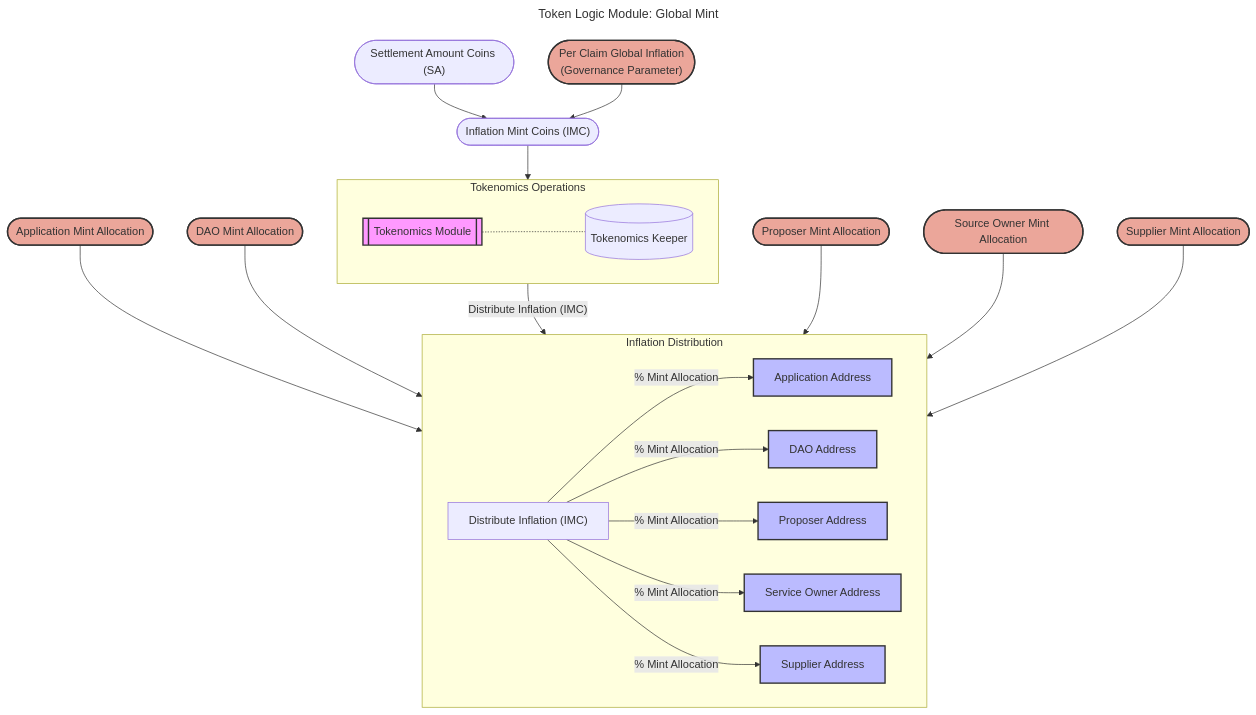
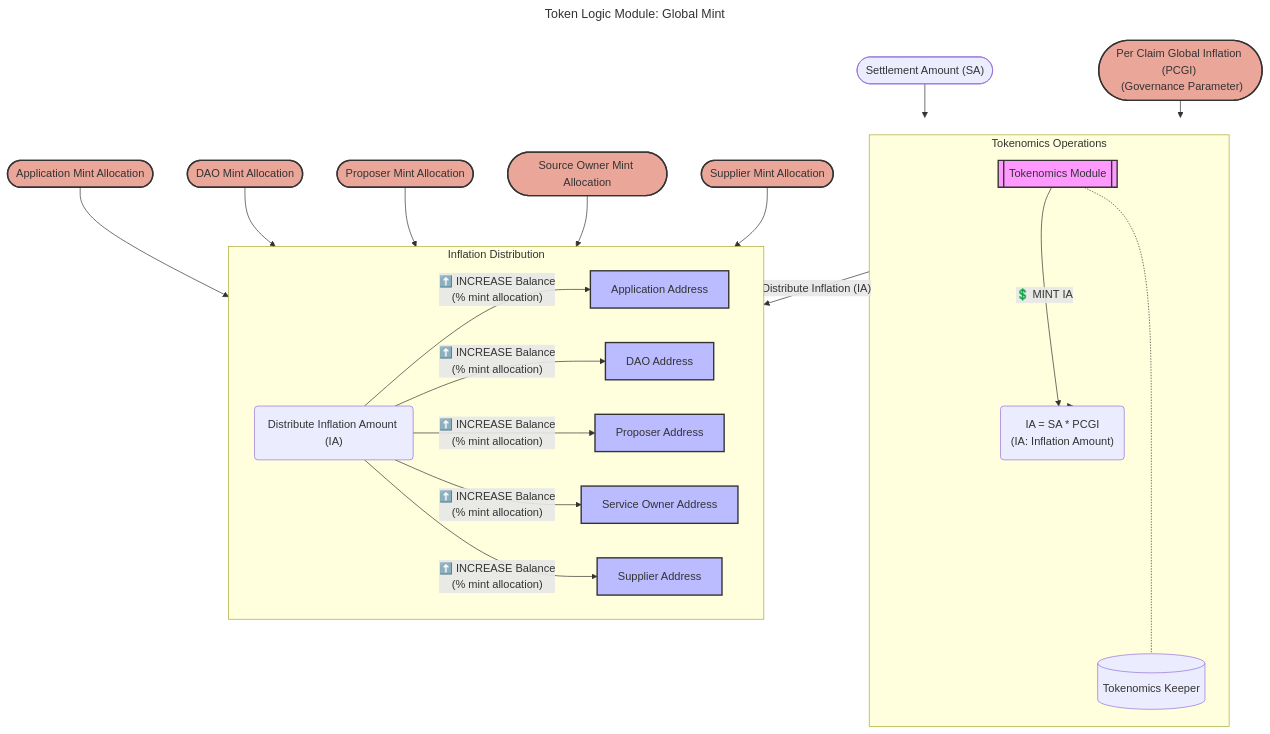
The third of 6 diagrams in docusaurus/docs/protocol/tokenomics/token_logic_modules.md (pokt-network/poktroll), drawn with Mermaid before and after one commit. The commit also changed other lines of this file, not shown here.

````diff
--- a/docusaurus/docs/protocol/tokenomics/token_logic_modules.md
+++ b/docusaurus/docs/protocol/tokenomics/token_logic_modules.md
@@ -185,59 +209,59 @@
 ```mermaid
 ---
 title: "Token Logic Module: Global Mint"
 ---
 flowchart TD
-    SC(["Settlement Amount Coins (SA)"])
-    PCI(["Per Claim Global Inflation <br> (Governance Parameter)"])
-    IMC(["Inflation Mint Coins (IMC)"])
+    SA(["Settlement Amount (SA)"])
+    PCI(["Per Claim Global Inflation (PCGI) <br> (Governance Parameter)"])
 
     DA(["DAO Mint Allocation"])
     PA(["Proposer Mint Allocation"])
-    SA(["Supplier Mint Allocation"])
+    SMA(["Supplier Mint Allocation"])
     SOM(["Source Owner Mint Allocation"])
     AA(["Application Mint Allocation"])
 
-
-    SC --> IMC
-    PCI --> IMC
-    IMC --> TO
+    SA --> TO
+    PCI --> TO
+    IA --> TO
 
     subgraph TO[Tokenomics Operations]
         TM[[Tokenomics Module]]
         TK[(Tokenomics Keeper)]
+        IA("IA = SA * PCGI <br> (IA: Inflation Amount)")
         TM -..- TK
+        TM -- "💲 MINT IA" --> IA
+
     end
-
 
     AA --> ID
     DA --> ID
-    TO --Distribute Inflation (IMC)--> ID
+    TO --Distribute Inflation (IA)--> ID
     PA --> ID
     SOM --> ID
-    SA --> ID
+    SMA --> ID
 
     subgraph ID[Inflation Distribution]
-        DI["Distribute Inflation (IMC)"]
+        DI("Distribute Inflation Amount (IA)")
         APPA["Application Address"]
         SPPA["Supplier Address"]
         DAOA["DAO Address"]
         SOA["Service Owner Address"]
         PRA["Proposer Address"]
 
-        DI -->|% Mint Allocation| APPA
-        DI -->|% Mint Allocation| DAOA
-        DI -->|% Mint Allocation| PRA
-        DI -->|% Mint Allocation| SOA
-        DI -->|% Mint Allocation| SPPA
+        DI -->|"⬆️ INCREASE Balance <br> (% mint allocation)"| APPA
+        DI -->|"⬆️ INCREASE Balance <br> (% mint allocation)"| DAOA
+        DI -->|"⬆️ INCREASE Balance <br> (% mint allocation)"| PRA
+        DI -->|"⬆️ INCREASE Balance <br> (% mint allocation)"| SOA
+        DI -->|"⬆️ INCREASE Balance <br> (% mint allocation)"| SPPA
     end
 
     classDef module fill:#f9f,stroke:#333,stroke-width:2px;
     classDef address fill:#bbf,stroke:#333,stroke-width:2px;
     classDef question fill:#e3db6d,stroke:#333,stroke-width:2px;
     classDef govparam fill:#eba69a,stroke:#333,stroke-width:2px;
     classDef event fill:#e8b761,stroke:#333,stroke-width:2px;
 
     class TM module;
-    class PCI,DA,PA,SA,SOM,AA govparam;
+    class PCI,DA,PA,SMA,SOM,AA govparam;
     class APPA,SPPA,DAOA,SOA,PRA address;
 ```
````
